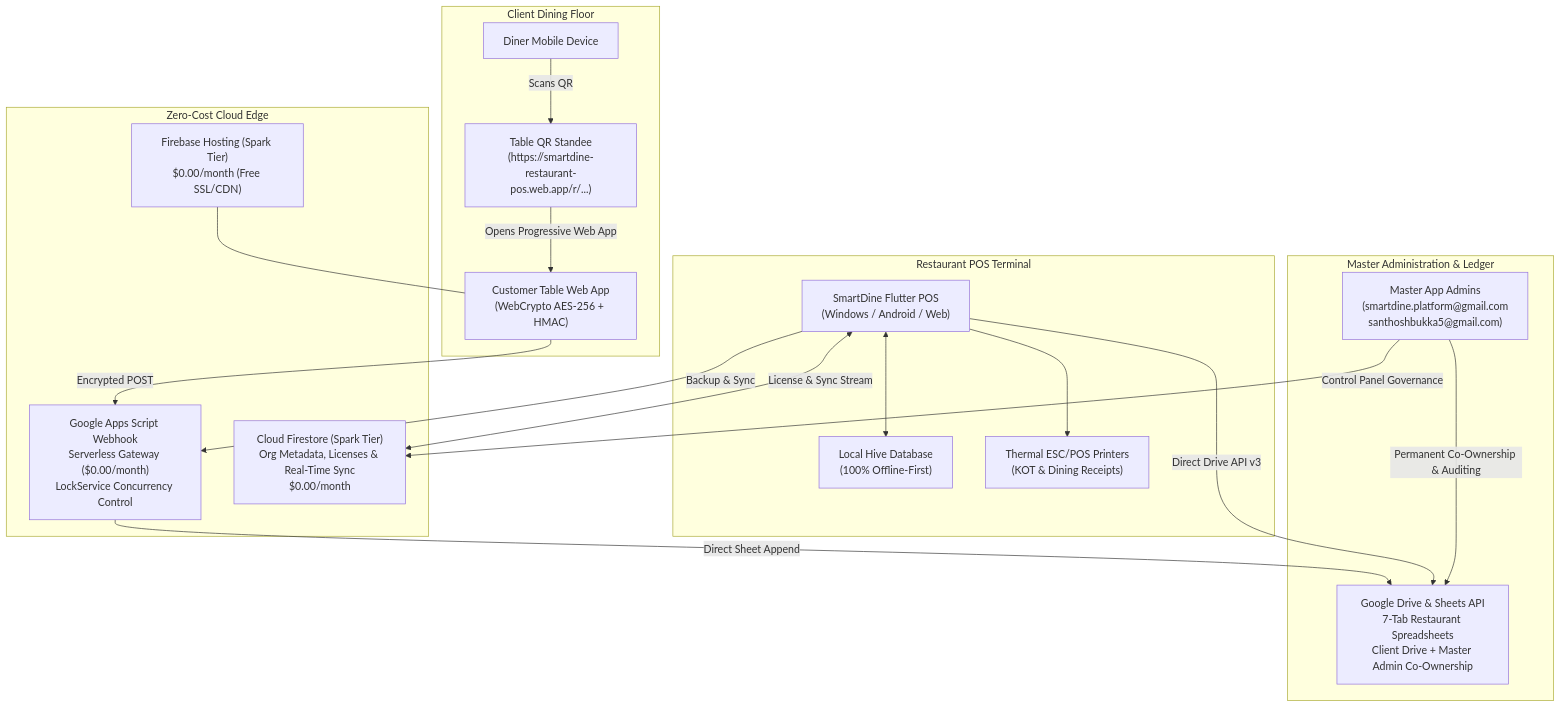
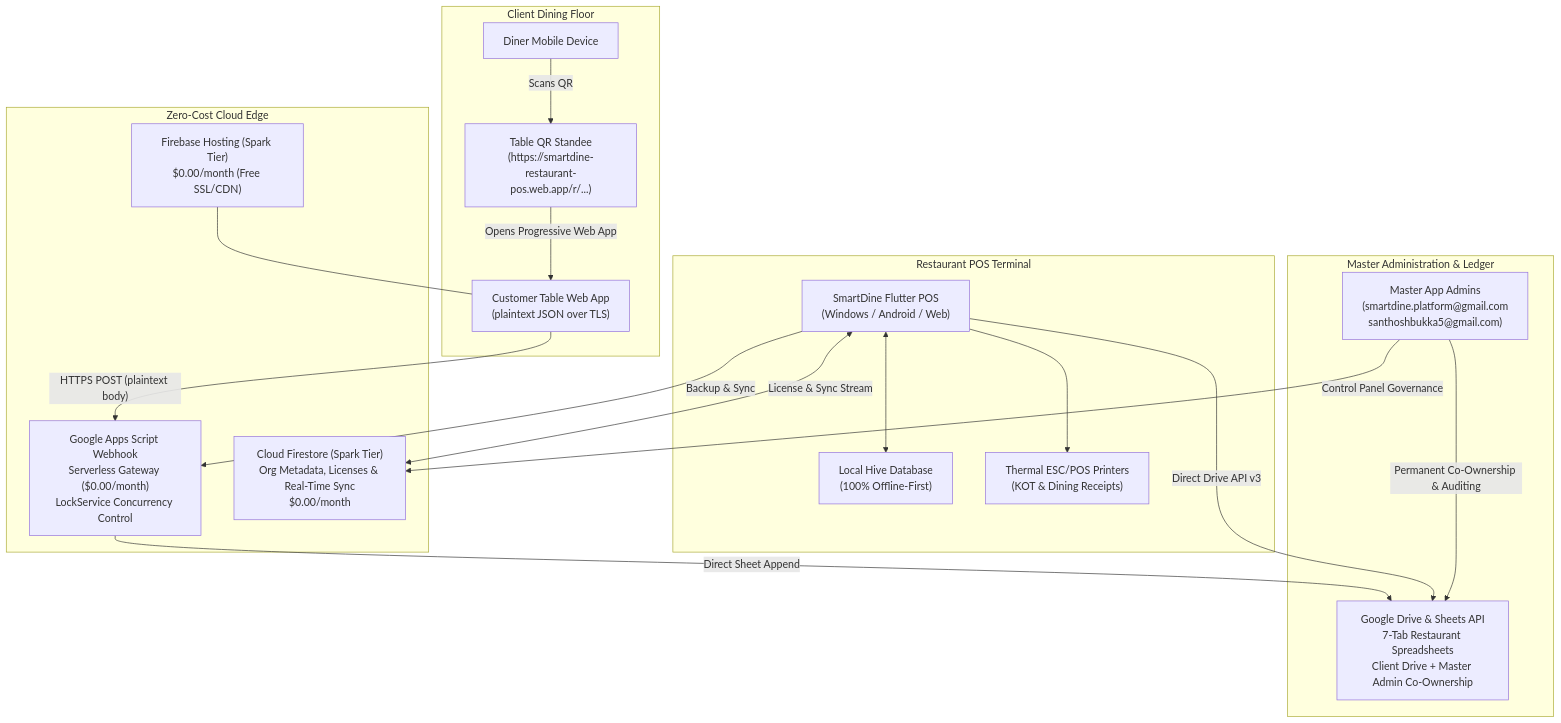
The diagram in DEPLOYMENT_RUNBOOK.md (Santhosh-Guptha/smart_restaurant_pos), drawn with Mermaid before and after one commit. The commit also changed other lines of this file and 2 other files, not shown here.

````diff
--- a/DEPLOYMENT_RUNBOOK.md
+++ b/DEPLOYMENT_RUNBOOK.md
@@ -49,37 +49,37 @@
 ```mermaid
 flowchart TD
     subgraph Client Dining Floor
         GUEST["Diner Mobile Device"]
         STAND["Table QR Standee\n(https://smartdine-restaurant-pos.web.app/r/...)"]
         GUEST -->|"Scans QR"| STAND
-        STAND -->|"Opens Progressive Web App"| WEBAPP["Customer Table Web App\n(WebCrypto AES-256 + HMAC)"]
+        STAND -->|"Opens Progressive Web App"| WEBAPP["Customer Table Web App\n(plaintext JSON over TLS)"]
     end
 
     subgraph Zero-Cost Cloud Edge
         HOSTING["Firebase Hosting (Spark Tier)\n$0.00/month (Free SSL/CDN)"]
         WEBHOOK["Google Apps Script Webhook\nServerless Gateway ($0.00/month)\nLockService Concurrency Control"]
         FIRESTORE["Cloud Firestore (Spark Tier)\nOrg Metadata, Licenses & Real-Time Sync\n$0.00/month"]
     end
 
     subgraph Restaurant POS Terminal
         POS["SmartDine Flutter POS\n(Windows / Android / Web)"]
         HIVE["Local Hive Database\n(100% Offline-First)"]
         PRINTER["Thermal ESC/POS Printers\n(KOT & Dining Receipts)"]
         POS <--> HIVE
         POS --> PRINTER
     end
 
     subgraph Master Administration & Ledger
         DRIVE["Google Drive & Sheets API\n7-Tab Restaurant Spreadsheets\nClient Drive + Master Admin Co-Ownership"]
         ADMIN["Master App Admins\n(smartdine.platform@gmail.com\nsanthoshbukka5@gmail.com)"]
     end
 
-    WEBAPP -->|"Encrypted POST"| WEBHOOK
+    WEBAPP -->|"HTTPS POST (plaintext body)"| WEBHOOK
     WEBHOOK -->|"Direct Sheet Append"| DRIVE
     POS <-->|"License & Sync Stream"| FIRESTORE
     POS -->|"Backup & Sync"| WEBHOOK
     POS -->|"Direct Drive API v3"| DRIVE
     ADMIN -->|"Permanent Co-Ownership & Auditing"| DRIVE
     ADMIN -->|"Control Panel Governance"| FIRESTORE
     HOSTING --- WEBAPP
 ```
````
